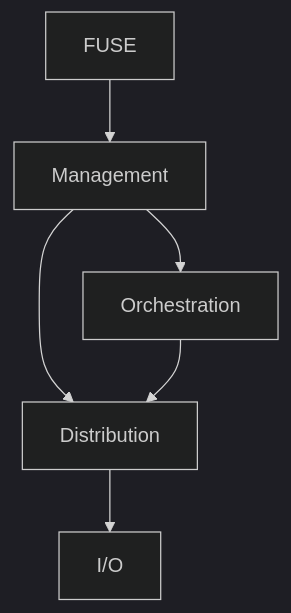
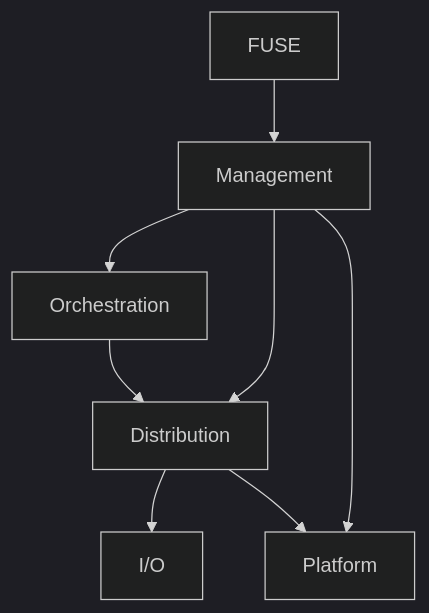
Before and after one commit to tetsup/flexraid: the diagram in README.md, drawn with Mermaid (dark theme). The commit also changed other lines of this file, not shown here.

Commit message:
docs: describe Platform component boundary

````diff
--- a/README.md
+++ b/README.md
@@ -28,8 +28,10 @@
 ```mermaid
 flowchart TD
     FUSE --> Management
     Management --> Orchestration
     Management --> Distribution
     Orchestration --> Distribution
     Distribution --> IO[I/O]
+    Management --> Platform
+    Distribution --> Platform
 ```
````
